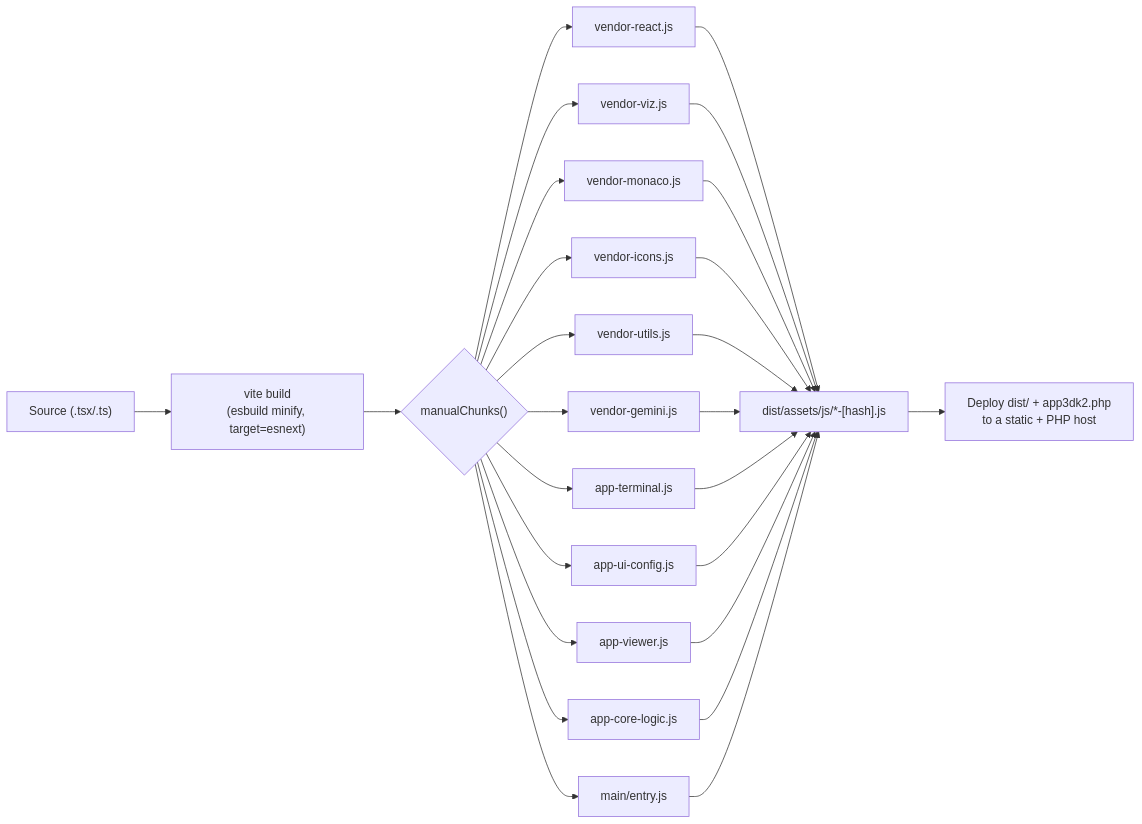
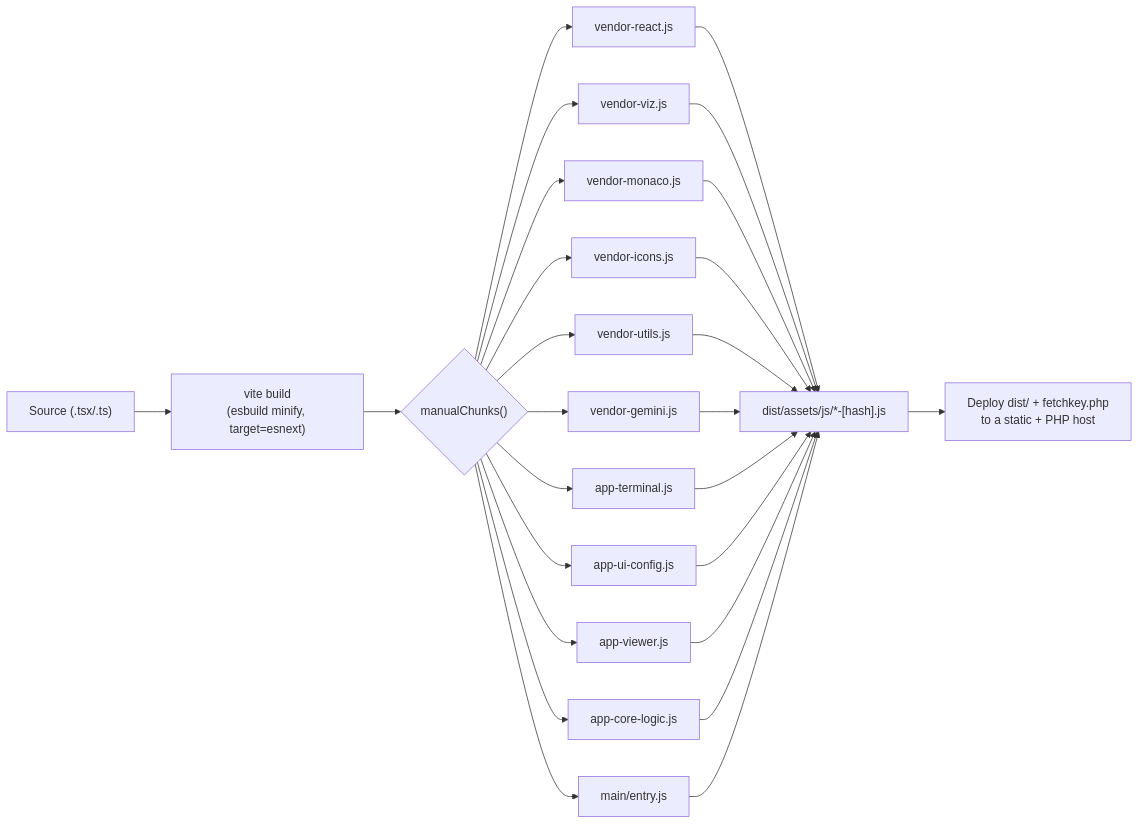
Before and after one commit to pharmacometricsai/ai-plot: the seventh of 7 diagrams in README.md, drawn with Mermaid. The commit also changed other lines of this file, not shown here.

Commit message:
Update token hand-off endpoint from app3dk2.php to fetchkey.php

````diff
--- a/README.md
+++ b/README.md
@@ -310,18 +310,18 @@
 ```mermaid
 flowchart LR
     Src["Source (.tsx/.ts)"] --> Vite["vite build\n(esbuild minify, target=esnext)"]
     Vite --> Chunks{"manualChunks()"}
     Chunks --> VR["vendor-react.js"]
     Chunks --> VV["vendor-viz.js"]
     Chunks --> VM["vendor-monaco.js"]
     Chunks --> VI["vendor-icons.js"]
     Chunks --> VU["vendor-utils.js"]
     Chunks --> VG["vendor-gemini.js"]
     Chunks --> AT["app-terminal.js"]
     Chunks --> AC["app-ui-config.js"]
     Chunks --> AV["app-viewer.js"]
     Chunks --> AL["app-core-logic.js"]
     Chunks --> Main["main/entry.js"]
     VR & VV & VM & VI & VU & VG & AT & AC & AV & AL & Main --> Dist["dist/assets/js/*-[hash].js"]
-    Dist --> Deploy["Deploy dist/ + app3dk2.php\nto a static + PHP host"]
+    Dist --> Deploy["Deploy dist/ + fetchkey.php\nto a static + PHP host"]
 ```
````
